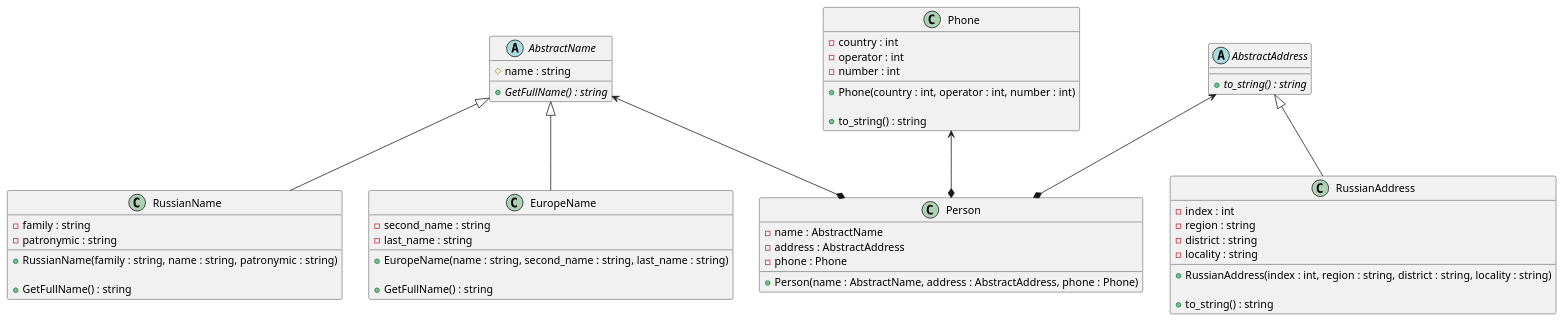
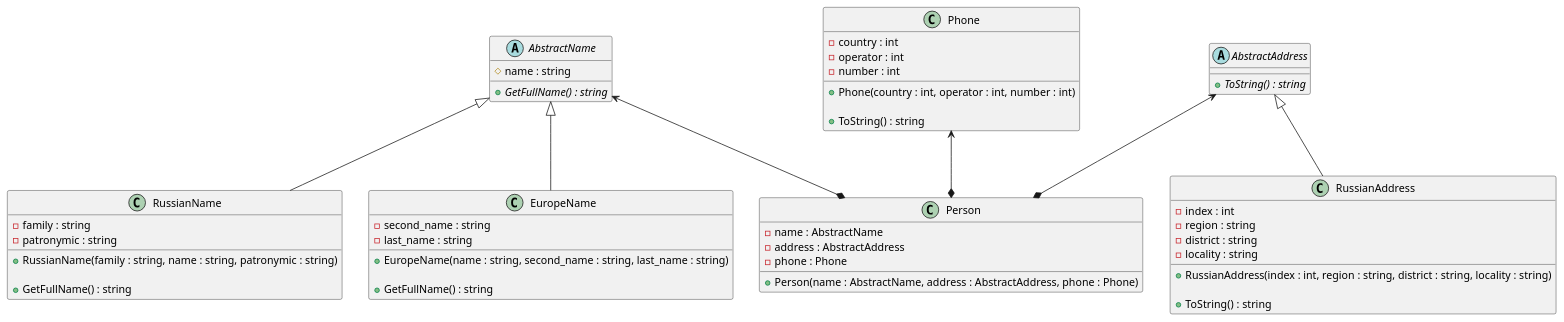
Before and after one commit to it-top-shambala/_Persons: the diagram in class_diagram.puml, drawn with PlantUML. The commit also changed 9 other files, not shown here.

```diff
--- a/class_diagram.puml
+++ b/class_diagram.puml
@@ -1,66 +1,66 @@
 @startuml
 'https://plantuml.com/class-diagram
 
 abstract class AbstractName {
 # name : string
 + {abstract} GetFullName() : string
 }
 
 AbstractName <|-- RussianName
 class RussianName {
 - family : string
 - patronymic : string
 
 + RussianName(family : string, name : string, patronymic : string)
 
 + GetFullName() : string
 }
 
 AbstractName <|-- EuropeName
 class EuropeName {
 - second_name : string
 - last_name : string
 
 + EuropeName(name : string, second_name : string, last_name : string)
 
 + GetFullName() : string
 }
 
 abstract class AbstractAddress {
-+ {abstract} to_string() : string
++ {abstract} ToString() : string
 }
 
 AbstractAddress <|-- RussianAddress
 class RussianAddress {
 - index : int
 - region : string
 - district : string
 - locality : string
 
 + RussianAddress(index : int, region : string, district : string, locality : string)
 
-+ to_string() : string
++ ToString() : string
 }
 
 class Phone {
 - country : int
 - operator : int
 - number : int
 
 + Phone(country : int, operator : int, number : int)
 
-+ to_string() : string
++ ToString() : string
 }
 
 AbstractName <--* Person
 AbstractAddress <--* Person
 Phone <--* Person
 class Person {
 - name : AbstractName
 - address : AbstractAddress
 - phone : Phone
 
 + Person(name : AbstractName, address : AbstractAddress, phone : Phone)
 }
 
 @enduml
```
